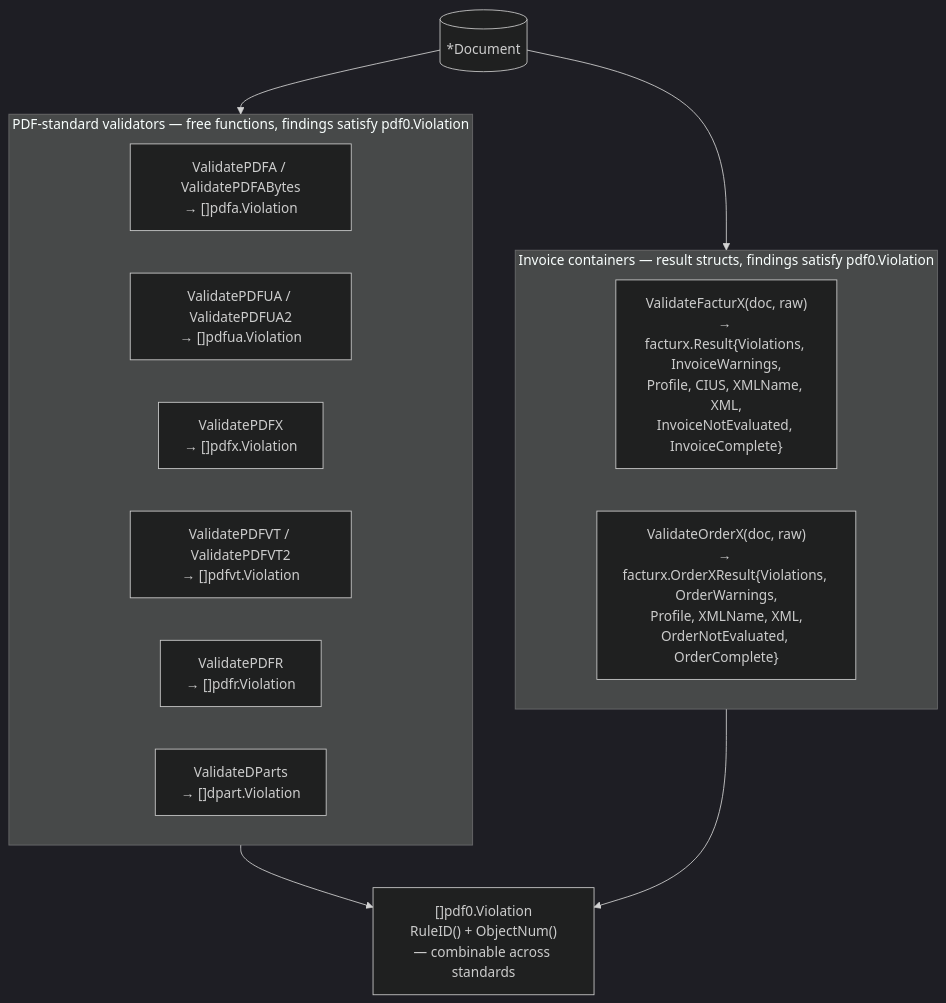
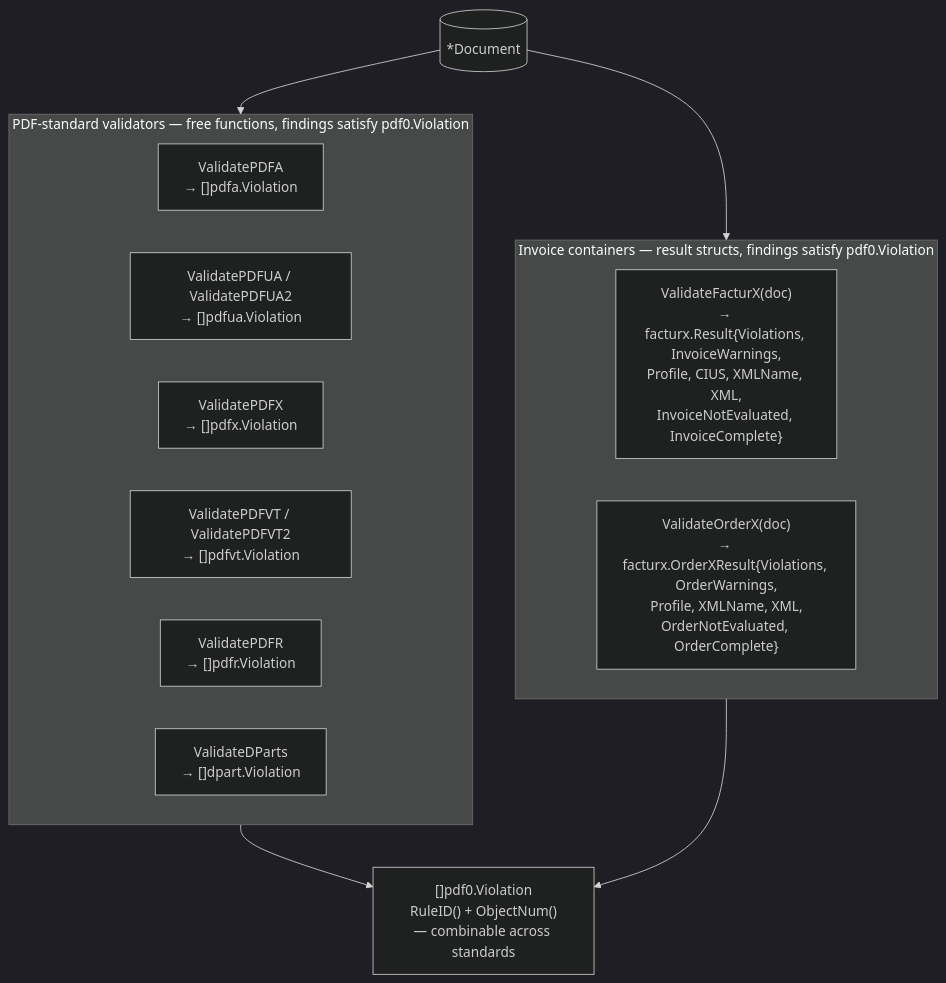
The first of 2 diagrams in docs/validators.md (mgilbir/pdf0), drawn with Mermaid (dark theme) before and after one commit. The commit also changed other lines of this file and 86 other files, not shown here.

````diff
--- a/docs/validators.md
+++ b/docs/validators.md
@@ -79,24 +79,24 @@
 ```mermaid
 flowchart TD
     Doc[("*Document")]
 
     subgraph pdfstd["PDF-standard validators — free functions, findings satisfy pdf0.Violation"]
-        A["ValidatePDFA / ValidatePDFABytes<br/>→ []pdfa.Violation"]
+        A["ValidatePDFA<br/>→ []pdfa.Violation"]
         UA["ValidatePDFUA / ValidatePDFUA2<br/>→ []pdfua.Violation"]
         X["ValidatePDFX<br/>→ []pdfx.Violation"]
         VT["ValidatePDFVT / ValidatePDFVT2<br/>→ []pdfvt.Violation"]
         R["ValidatePDFR<br/>→ []pdfr.Violation"]
         DP["ValidateDParts<br/>→ []dpart.Violation"]
     end
 
     subgraph invoice["Invoice containers — result structs, findings satisfy pdf0.Violation"]
-        FX["ValidateFacturX(doc, raw)<br/>→ facturx.Result{Violations, InvoiceWarnings,<br/>Profile, CIUS, XMLName, XML,<br/>InvoiceNotEvaluated, InvoiceComplete}"]
-        OX["ValidateOrderX(doc, raw)<br/>→ facturx.OrderXResult{Violations, OrderWarnings,<br/>Profile, XMLName, XML,<br/>OrderNotEvaluated, OrderComplete}"]
+        FX["ValidateFacturX(doc)<br/>→ facturx.Result{Violations, InvoiceWarnings,<br/>Profile, CIUS, XMLName, XML,<br/>InvoiceNotEvaluated, InvoiceComplete}"]
+        OX["ValidateOrderX(doc)<br/>→ facturx.OrderXResult{Violations, OrderWarnings,<br/>Profile, XMLName, XML,<br/>OrderNotEvaluated, OrderComplete}"]
     end
 
     Doc --> pdfstd
     Doc --> invoice
 
     pdfstd --> V["[]pdf0.Violation<br/>RuleID() + ObjectNum()<br/>— combinable across standards"]
     invoice --> V
 ```
````
